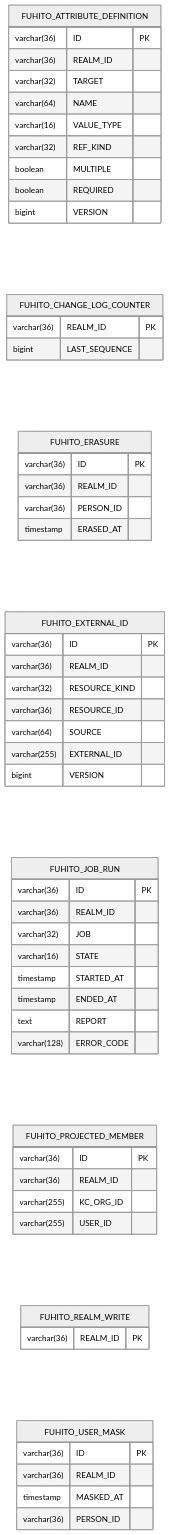
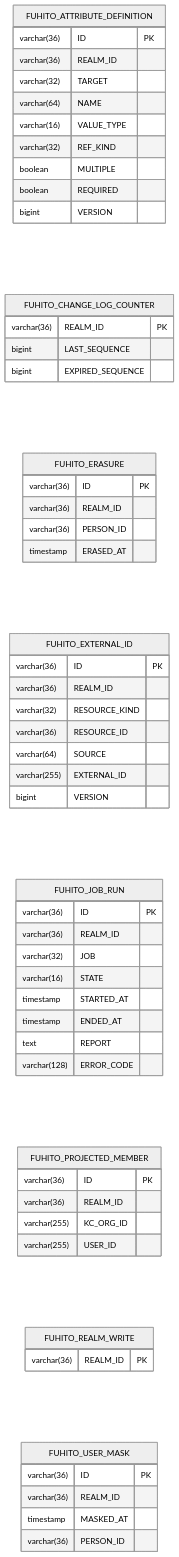
Before and after one commit to exoego/keycloak-fuhito: the second of 2 diagrams in docs/schema.md, drawn with Mermaid (neutral theme). The commit also changed other lines of this file and 39 other files, not shown here.

````diff
--- a/docs/schema.md
+++ b/docs/schema.md
@@ -276,59 +279,60 @@
 ```mermaid
 erDiagram
     direction LR
     FUHITO_ATTRIBUTE_DEFINITION {
         varchar(36) ID PK
         varchar(36) REALM_ID
         varchar(32) TARGET
         varchar(64) NAME
         varchar(16) VALUE_TYPE
         varchar(32) REF_KIND
         boolean MULTIPLE
         boolean REQUIRED
         bigint VERSION
     }
     FUHITO_CHANGE_LOG_COUNTER {
         varchar(36) REALM_ID PK
         bigint LAST_SEQUENCE
+        bigint EXPIRED_SEQUENCE
     }
     FUHITO_ERASURE {
         varchar(36) ID PK
         varchar(36) REALM_ID
         varchar(36) PERSON_ID
         timestamp ERASED_AT
     }
     FUHITO_EXTERNAL_ID {
         varchar(36) ID PK
         varchar(36) REALM_ID
         varchar(32) RESOURCE_KIND
         varchar(36) RESOURCE_ID
         varchar(64) SOURCE
         varchar(255) EXTERNAL_ID
         bigint VERSION
     }
     FUHITO_JOB_RUN {
         varchar(36) ID PK
         varchar(36) REALM_ID
         varchar(32) JOB
         varchar(16) STATE
         timestamp STARTED_AT
         timestamp ENDED_AT
         text REPORT
         varchar(128) ERROR_CODE
     }
     FUHITO_PROJECTED_MEMBER {
         varchar(36) ID PK
         varchar(36) REALM_ID
         varchar(255) KC_ORG_ID
         varchar(255) USER_ID
     }
     FUHITO_REALM_WRITE {
         varchar(36) REALM_ID PK
     }
     FUHITO_USER_MASK {
         varchar(36) ID PK
         varchar(36) REALM_ID
         timestamp MASKED_AT
         varchar(36) PERSON_ID
     }
 ```
````
